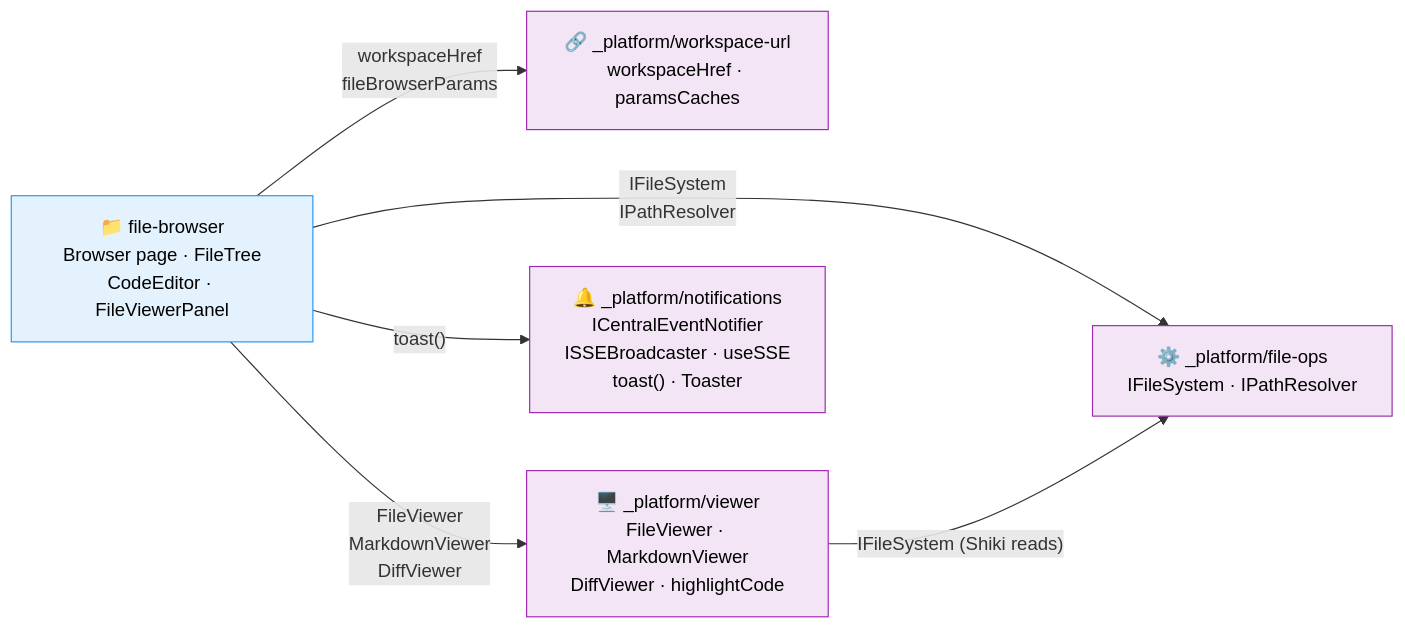
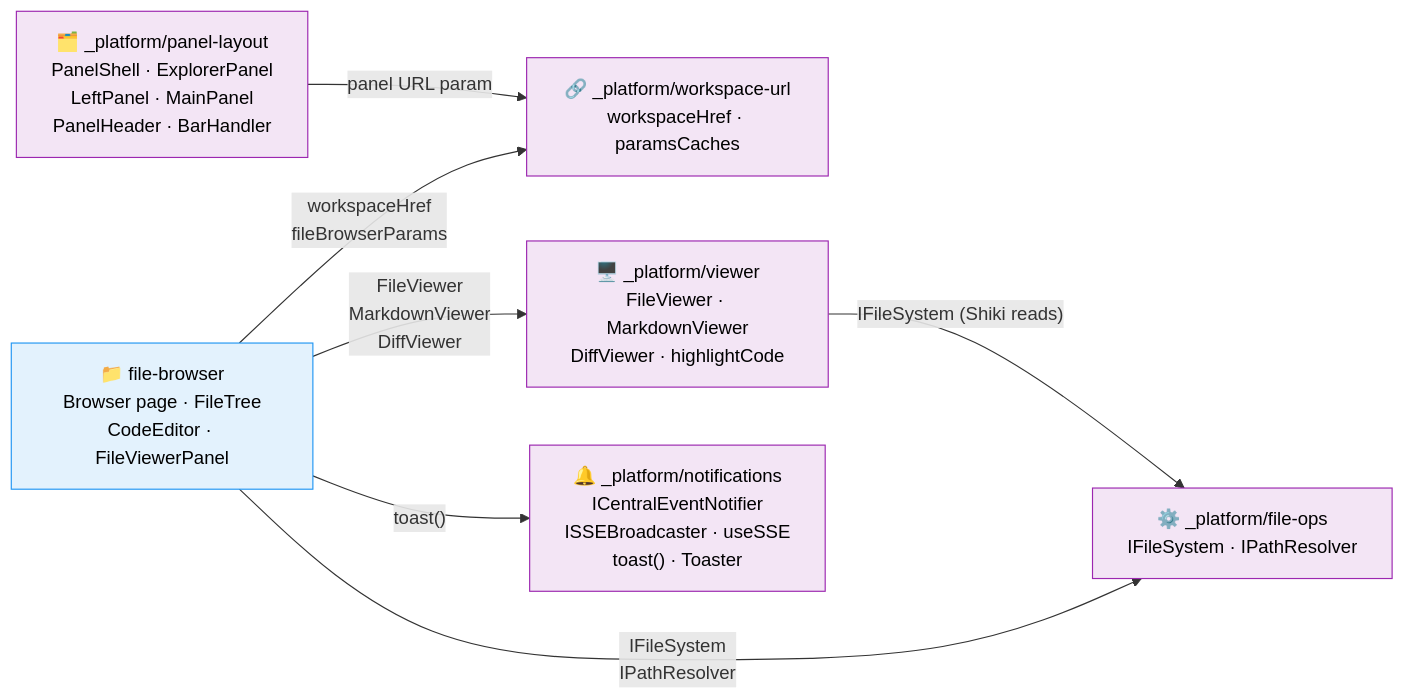
Before and after one commit to AI-Substrate/chainglass: the diagram in docs/domains/domain-map.md, drawn with Mermaid. The commit also changed other lines of this file and 36 other files, not shown here.

First line of the commit message:
Add panel layout infrastructure, git ls-files untracked, directory sort fix (Plan 043 Phase 1)

````diff
--- a/docs/domains/domain-map.md
+++ b/docs/domains/domain-map.md
@@ -6,21 +6,25 @@
 ```mermaid
 flowchart LR
     classDef business fill:#E3F2FD,stroke:#2196F3,color:#000
     classDef infra fill:#F3E5F5,stroke:#9C27B0,color:#000
 
     %% Infrastructure domains
     fileOps["⚙️ _platform/file-ops<br/>IFileSystem · IPathResolver"]:::infra
     wsUrl["🔗 _platform/workspace-url<br/>workspaceHref · paramsCaches"]:::infra
     viewer["🖥️ _platform/viewer<br/>FileViewer · MarkdownViewer<br/>DiffViewer · highlightCode"]:::infra
     notify["🔔 _platform/notifications<br/>ICentralEventNotifier<br/>ISSEBroadcaster · useSSE<br/>toast() · Toaster"]:::infra
+    panels["🗂️ _platform/panel-layout<br/>PanelShell · ExplorerPanel<br/>LeftPanel · MainPanel<br/>PanelHeader · BarHandler"]:::infra
 
     %% Business domains
     fileBrowser["📁 file-browser<br/>Browser page · FileTree<br/>CodeEditor · FileViewerPanel"]:::business
 
     %% Contract dependencies (consumer → provider)
     fileBrowser -->|"IFileSystem<br/>IPathResolver"| fileOps
     fileBrowser -->|"workspaceHref<br/>fileBrowserParams"| wsUrl
     fileBrowser -->|"FileViewer<br/>MarkdownViewer<br/>DiffViewer"| viewer
     fileBrowser -->|"toast()"| notify
+    %% planned in Plan 043 Phase 3 (not yet wired)
+    %% fileBrowser -->|"PanelShell<br/>ExplorerPanel<br/>LeftPanel · MainPanel"| panels
+    panels -->|"panel URL param"| wsUrl
     viewer -->|"IFileSystem (Shiki reads)"| fileOps
 ```
````
